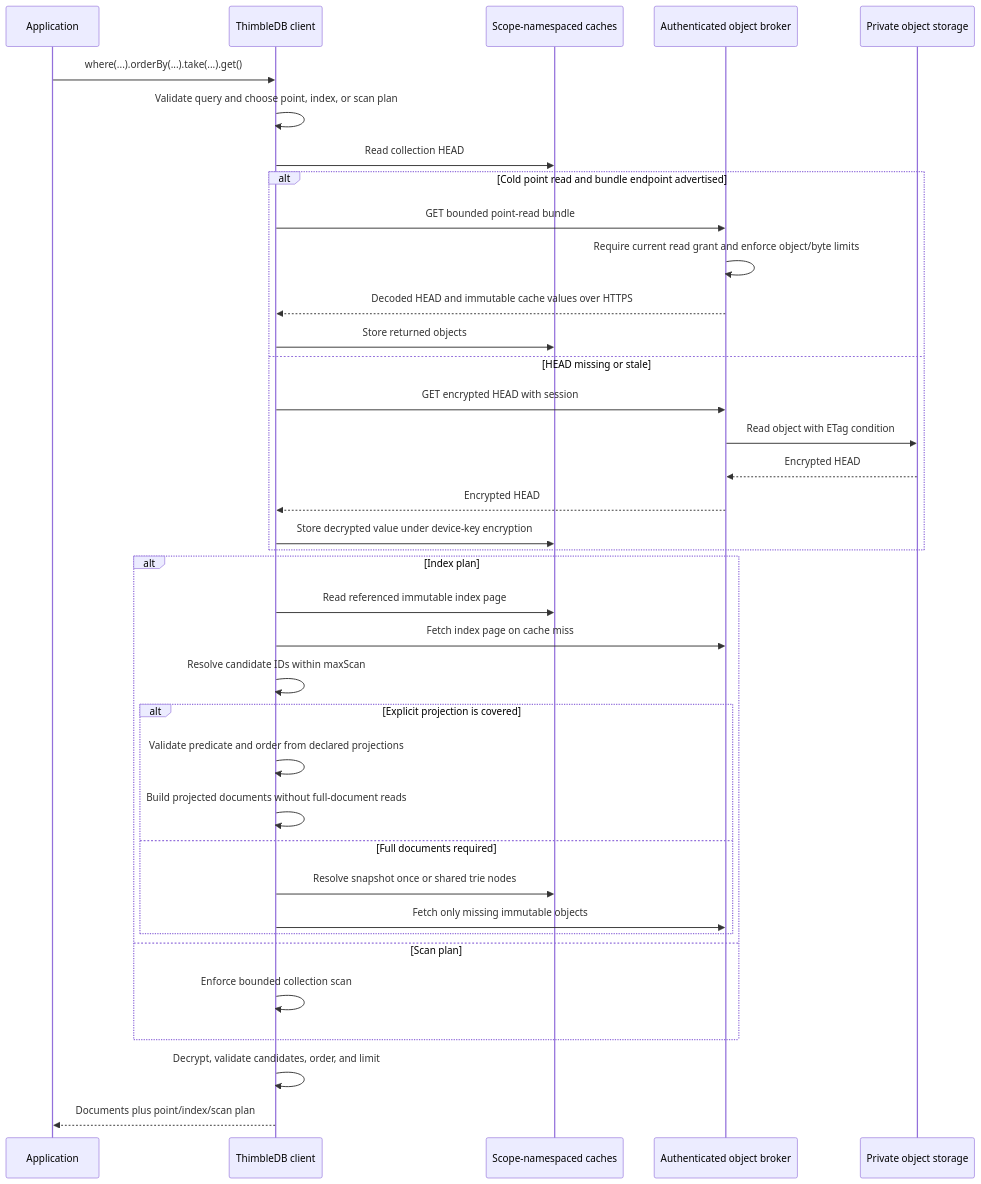
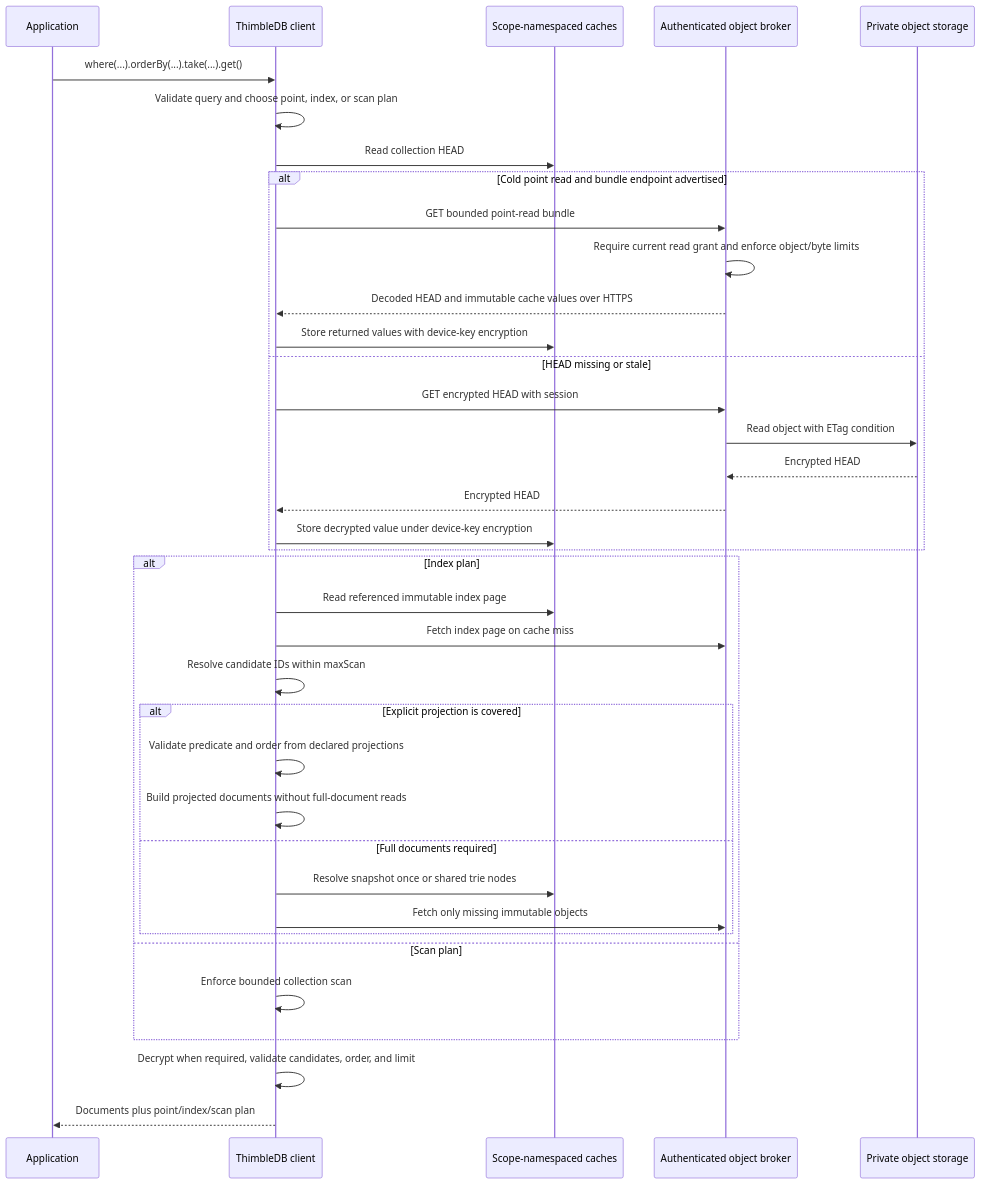
The sixth of 16 diagrams in docs/DIAGRAMS.md (Jason-Doyle/thimble), drawn with Mermaid before and after one commit. The commit also changed other lines of this file and 44 other files, not shown here.

Commit message:
Document authority topologies and render diagrams

````diff
--- a/docs/DIAGRAMS.md
+++ b/docs/DIAGRAMS.md
@@ -207,43 +209,43 @@
 ```mermaid
 sequenceDiagram
   participant App as Application
   participant Client as ThimbleDB client
   participant Cache as Scope-namespaced caches
   participant Broker as Authenticated object broker
   participant Store as Private object storage
 
   App->>Client: where(...).orderBy(...).take(...).get()
   Client->>Client: Validate query and choose point, index, or scan plan
   Client->>Cache: Read collection HEAD
 
   alt Cold point read and bundle endpoint advertised
     Client->>Broker: GET bounded point-read bundle
     Broker->>Broker: Require current read grant and enforce object/byte limits
     Broker-->>Client: Decoded HEAD and immutable cache values over HTTPS
-    Client->>Cache: Store returned objects
+    Client->>Cache: Store returned values with device-key encryption
   else HEAD missing or stale
     Client->>Broker: GET encrypted HEAD with session
     Broker->>Store: Read object with ETag condition
     Store-->>Broker: Encrypted HEAD
     Broker-->>Client: Encrypted HEAD
     Client->>Cache: Store decrypted value under device-key encryption
   end
 
   alt Index plan
     Client->>Cache: Read referenced immutable index page
     Client->>Broker: Fetch index page on cache miss
     Client->>Client: Resolve candidate IDs within maxScan
     alt Explicit projection is covered
       Client->>Client: Validate predicate and order from declared projections
       Client->>Client: Build projected documents without full-document reads
     else Full documents required
       Client->>Cache: Resolve snapshot once or shared trie nodes
       Client->>Broker: Fetch only missing immutable objects
     end
   else Scan plan
     Client->>Client: Enforce bounded collection scan
   end
 
-  Client->>Client: Decrypt, validate candidates, order, and limit
+  Client->>Client: Decrypt when required, validate candidates, order, and limit
   Client-->>App: Documents plus point/index/scan plan
 ```
````
